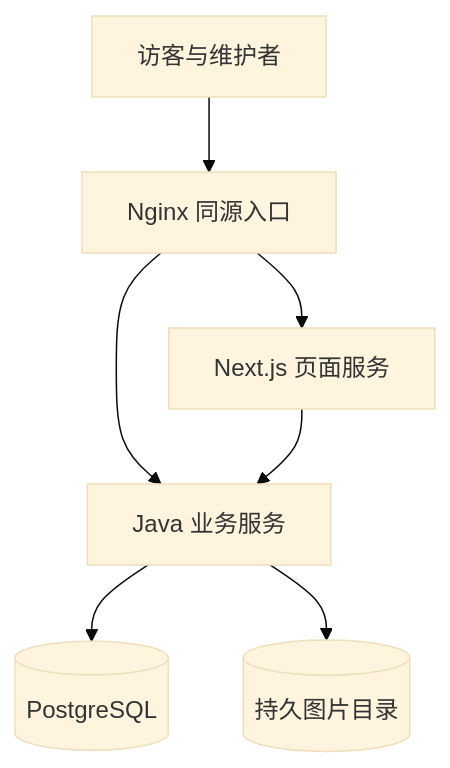
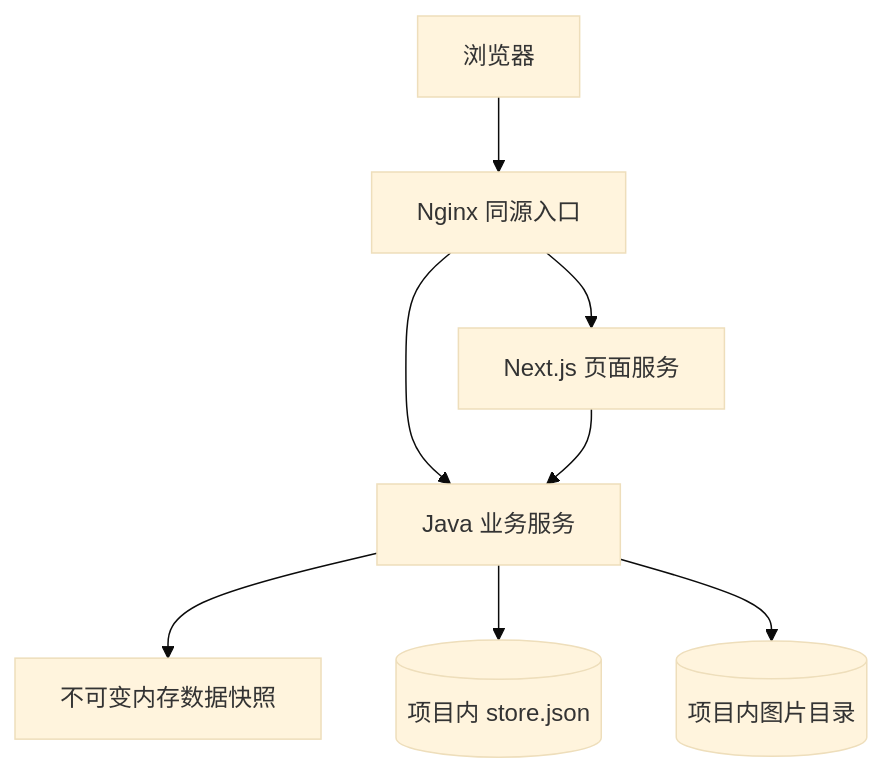
Before and after one commit to younglibin/jingxi: the diagram in docs/superpowers/specs/2026-10-27-portfolio-technical-design.md, drawn with Mermaid (base theme). The commit also changed other lines of this file and 5 other files, not shown here.

````diff
--- a/docs/superpowers/specs/2026-10-27-portfolio-technical-design.md
+++ b/docs/superpowers/specs/2026-10-27-portfolio-technical-design.md
@@ -40,9 +36,10 @@
 ```mermaid
 flowchart TD
-  U[访客与维护者] --> N[Nginx 同源入口]
+  B[浏览器] --> N[Nginx 同源入口]
   N --> W[Next.js 页面服务]
   N --> A[Java 业务服务]
   W --> A
-  A --> D[(PostgreSQL)]
-  A --> F[(持久图片目录)]
+  A --> M[不可变内存数据快照]
+  A --> J[(项目内 store.json)]
+  A --> I[(项目内图片目录)]
 ```
````
